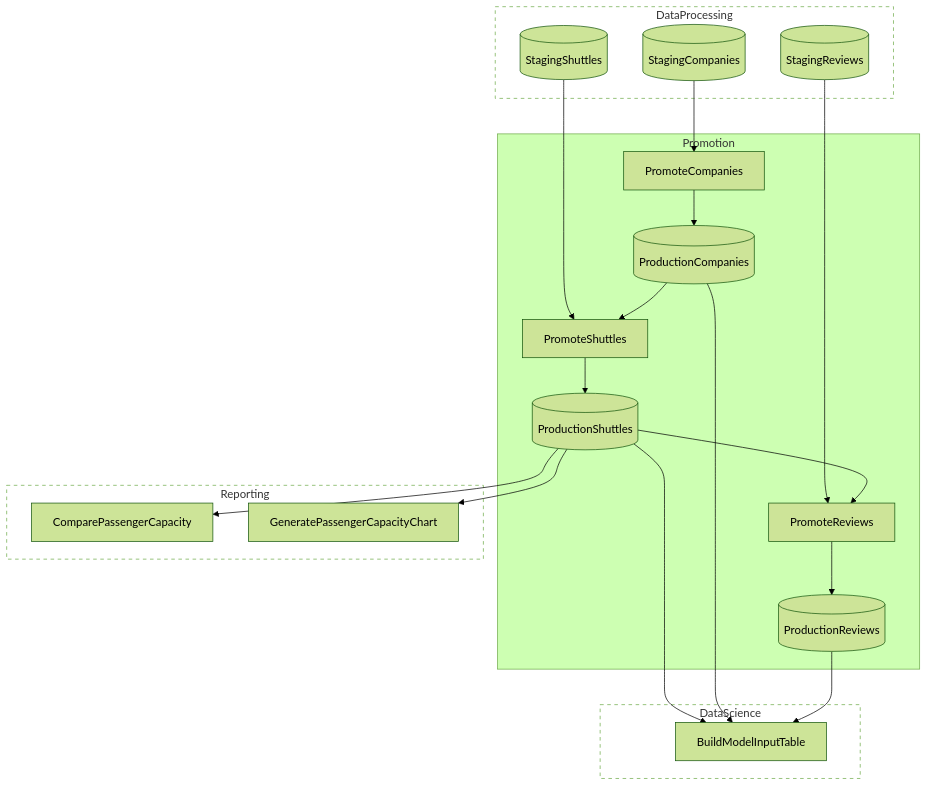
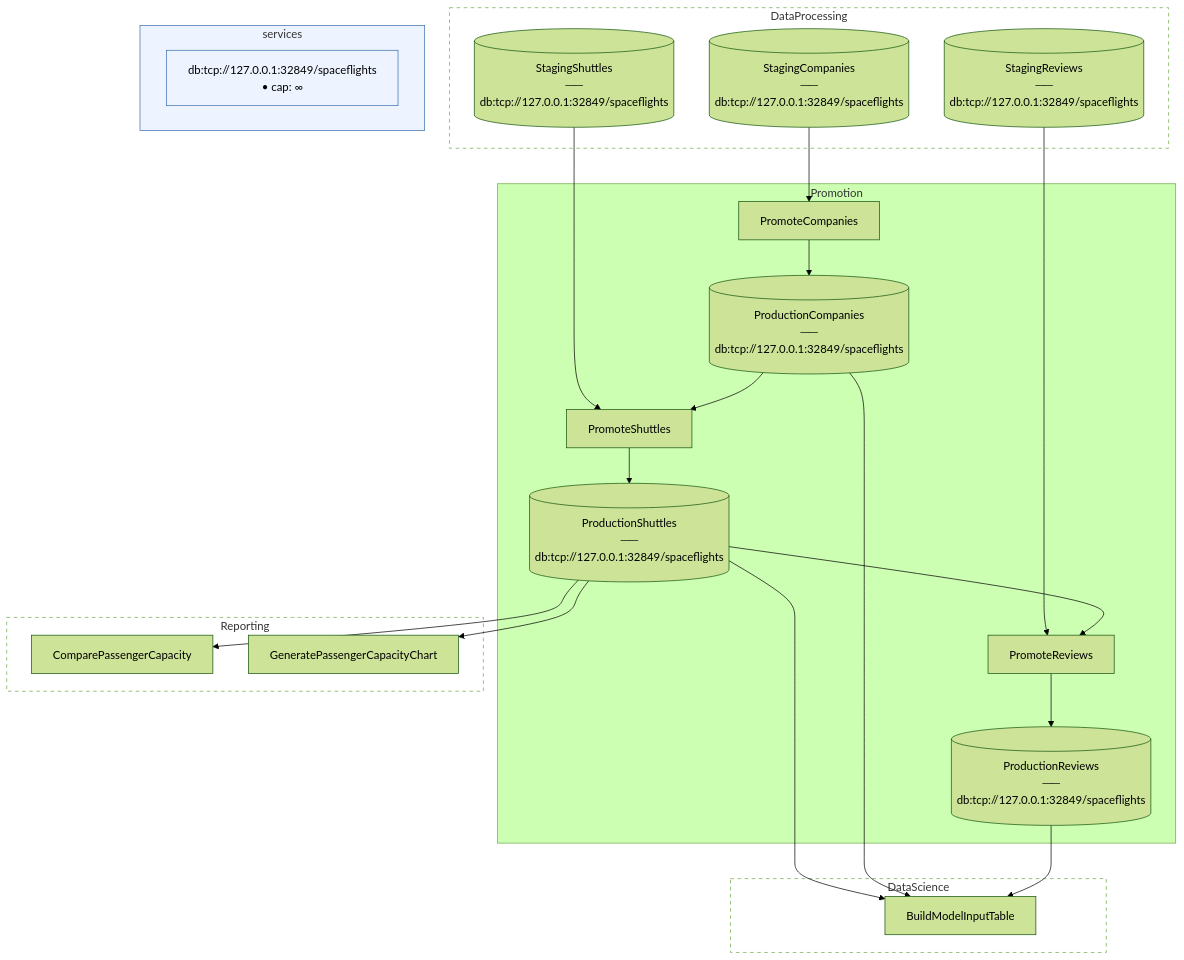
The third of 4 diagrams in examples/advanced/SpaceflightsStagingSchema/README.md (chaoticgoodcomputing/flowthru), drawn with Mermaid (forest theme) before and after one commit. The commit also changed other lines of this file and 18 other files, not shown here.

````diff
--- a/examples/advanced/SpaceflightsStagingSchema/README.md
+++ b/examples/advanced/SpaceflightsStagingSchema/README.md
@@ -142,45 +158,53 @@
 ```mermaid
 flowchart TB
 
     subgraph DataProcessing_us["DataProcessing"]
-        StagingCompanies[("StagingCompanies")]
-        StagingReviews[("StagingReviews")]
-        StagingShuttles[("StagingShuttles")]
+        StagingCompanies[("StagingCompanies<br>──<br>db:tcp://127.0.0.1:32849/spaceflights")]
+        StagingReviews[("StagingReviews<br>──<br>db:tcp://127.0.0.1:32849/spaceflights")]
+        StagingShuttles[("StagingShuttles<br>──<br>db:tcp://127.0.0.1:32849/spaceflights")]
     end
 
     subgraph Promotion["Promotion"]
         PromoteCompanies["PromoteCompanies"]
-        ProductionCompanies[("ProductionCompanies")]
+        ProductionCompanies[("ProductionCompanies<br>──<br>db:tcp://127.0.0.1:32849/spaceflights")]
         PromoteShuttles["PromoteShuttles"]
-        ProductionShuttles[("ProductionShuttles")]
+        ProductionShuttles[("ProductionShuttles<br>──<br>db:tcp://127.0.0.1:32849/spaceflights")]
         PromoteReviews["PromoteReviews"]
-        ProductionReviews[("ProductionReviews")]
+        ProductionReviews[("ProductionReviews<br>──<br>db:tcp://127.0.0.1:32849/spaceflights")]
     end
+
+    %% Service legend
+    subgraph service_legend["services"]
+        svc_efcore_Npgsql_EntityFrameworkCore_PostgreSQL_tcp___127_0_0_1_32849_spaceflights["db:tcp://127.0.0.1:32849/spaceflights<br>• cap: ∞"]
+    end
+    style service_legend fill:#EEF4FF,stroke:#3B6FB0
+    classDef serviceNode fill:#EEF4FF,stroke:#3B6FB0
+    class svc_efcore_Npgsql_EntityFrameworkCore_PostgreSQL_tcp___127_0_0_1_32849_spaceflights serviceNode
 
     subgraph DataScience_ds["DataScience"]
         BuildModelInputTable["BuildModelInputTable"]
     end
 
     subgraph Reporting_ds["Reporting"]
         ComparePassengerCapacity["ComparePassengerCapacity"]
         GeneratePassengerCapacityChart["GeneratePassengerCapacityChart"]
     end
 
     %% Edges
     StagingCompanies --> PromoteCompanies
     PromoteCompanies --> ProductionCompanies
     StagingShuttles --> PromoteShuttles
     ProductionCompanies --> PromoteShuttles
     PromoteShuttles --> ProductionShuttles
     StagingReviews --> PromoteReviews
     ProductionShuttles --> PromoteReviews
     PromoteReviews --> ProductionReviews
     ProductionShuttles --> BuildModelInputTable
     ProductionCompanies --> BuildModelInputTable
     ProductionReviews --> BuildModelInputTable
     ProductionShuttles --> ComparePassengerCapacity
     ProductionShuttles --> GeneratePassengerCapacityChart
 
     classDef collapsed stroke-dasharray:5 5,fill:transparent
     class DataProcessing_us,DataScience_ds,Reporting_ds collapsed
 ```
````
